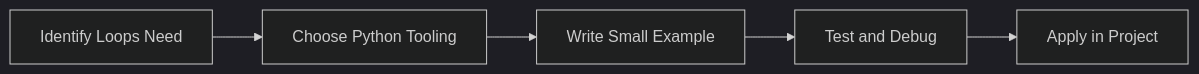
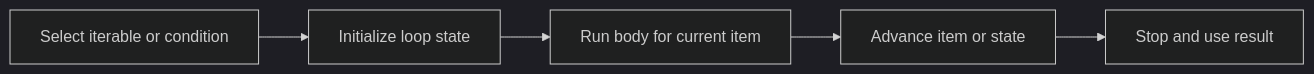
One commit to SYMOIZ/E-Learning-Portal changed the diagram in Python-Mastery/Beginner/11-loops.md. Above: the diagram before and after it, drawn with Mermaid (dark theme). The commit also changed other lines of this file and 116 other files, not shown here.

````diff
--- a/Python-Mastery/Beginner/11-loops.md
+++ b/Python-Mastery/Beginner/11-loops.md
@@ -129,7 +131,12 @@
 ```mermaid
 flowchart LR
-    A[Identify Loops Need] --> B[Choose Python Tooling]
-    B --> C[Write Small Example]
-    C --> D[Test and Debug]
-    D --> E[Apply in Project]
+    A[Select iterable or condition]
+    B[Initialize loop state]
+    C[Run body for current item]
+    D[Advance item or state]
+    E[Stop and use result]
+    A --> B
+    B --> C
+    C --> D
+    D --> E
 ```
````
